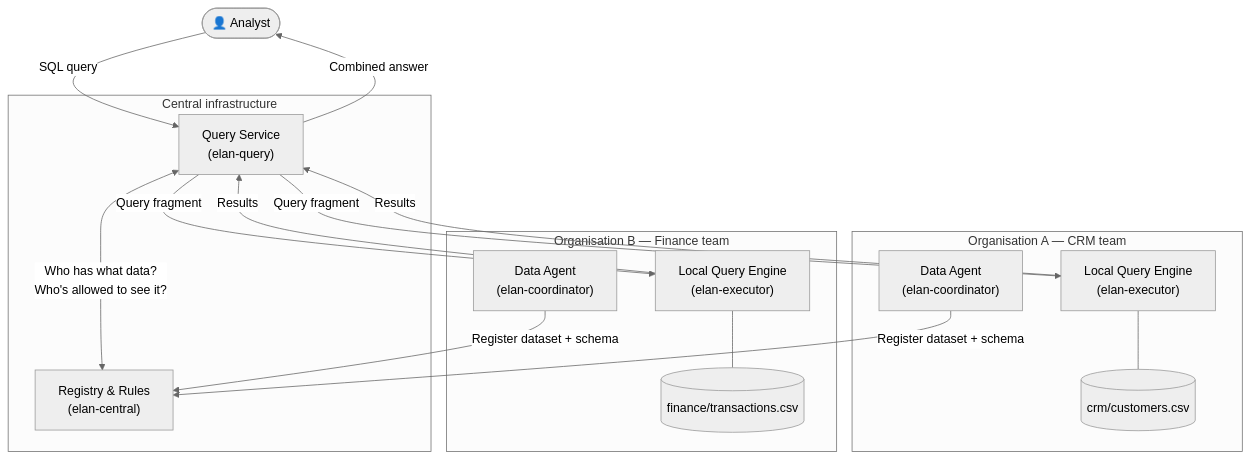
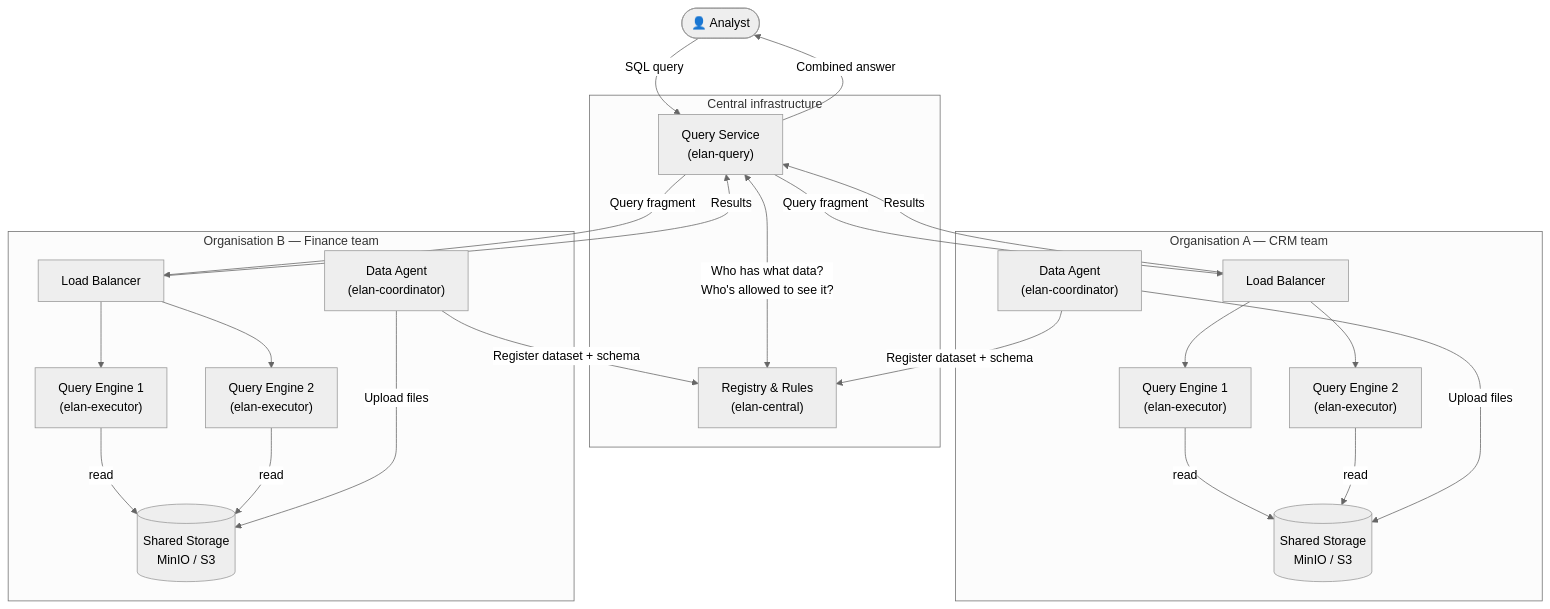
Before and after one commit to jdu/elan: the first of 4 diagrams in TOUR.md, drawn with Mermaid (neutral theme). The commit also changed other lines of this file and 15 other files, not shown here.

Commit message:
- Now uses minio for data storage - Now uses ballista and can be scaled to multiple executors in the remote environment

````diff
--- a/TOUR.md
+++ b/TOUR.md
@@ -34,34 +34,42 @@
 ```mermaid
 flowchart TD
     User(["👤 Analyst"])
 
     subgraph Central ["Central infrastructure"]
         Q["Query Service\n(elan-query)"]
         C["Registry & Rules\n(elan-central)"]
     end
 
     subgraph OrgA ["Organisation A — CRM team"]
         CoordA["Data Agent\n(elan-coordinator)"]
-        ExecA["Local Query Engine\n(elan-executor)"]
-        DataA[("crm/customers.csv")]
+        StoreA[("Shared Storage\nMinIO / S3")]
+        LBA["Load Balancer"]
+        ExecA1["Query Engine 1\n(elan-executor)"]
+        ExecA2["Query Engine 2\n(elan-executor)"]
     end
 
     subgraph OrgB ["Organisation B — Finance team"]
         CoordB["Data Agent\n(elan-coordinator)"]
-        ExecB["Local Query Engine\n(elan-executor)"]
-        DataB[("finance/transactions.csv")]
+        StoreB[("Shared Storage\nMinIO / S3")]
+        LBB["Load Balancer"]
+        ExecB1["Query Engine 1\n(elan-executor)"]
+        ExecB2["Query Engine 2\n(elan-executor)"]
     end
 
     User -->|"SQL query"| Q
     Q <-->|"Who has what data?\nWho's allowed to see it?"| C
-    Q -->|"Query fragment"| ExecA
-    Q -->|"Query fragment"| ExecB
-    ExecA -->|"Results"| Q
-    ExecB -->|"Results"| Q
+    Q -->|"Query fragment"| LBA
+    Q -->|"Query fragment"| LBB
+    LBA --> ExecA1 & ExecA2
+    LBB --> ExecB1 & ExecB2
+    ExecA1 & ExecA2 -->|"read"| StoreA
+    ExecB1 & ExecB2 -->|"read"| StoreB
+    LBA -->|"Results"| Q
+    LBB -->|"Results"| Q
     Q -->|"Combined answer"| User
 
+    CoordA -->|"Upload files"| StoreA
     CoordA -->|"Register dataset + schema"| C
+    CoordB -->|"Upload files"| StoreB
     CoordB -->|"Register dataset + schema"| C
-    ExecA --- DataA
-    ExecB --- DataB
 ```
````
